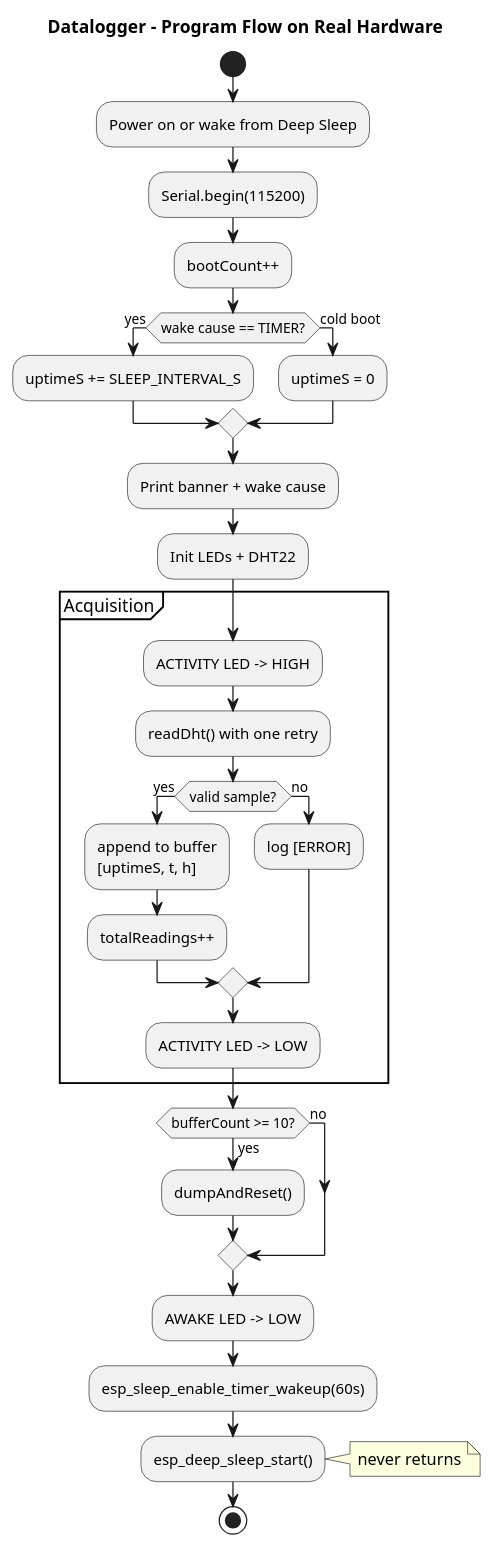
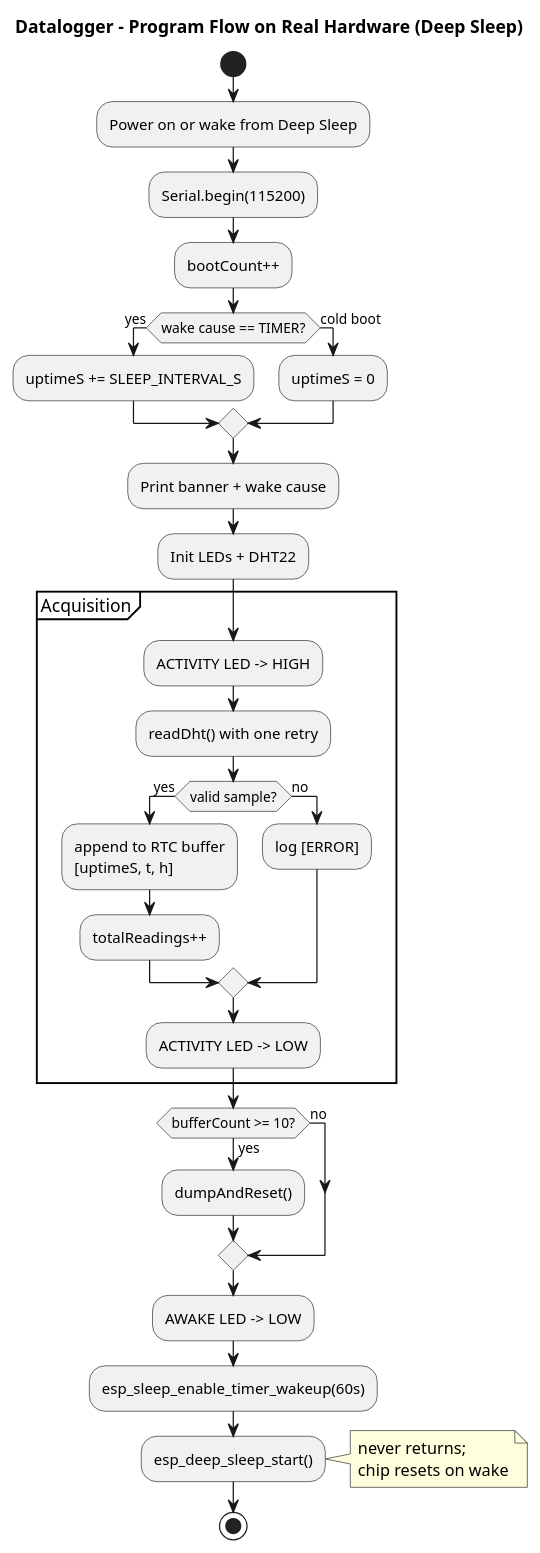
Before and after one commit to Ivek-rgb/RUS--Bencic: the second of 4 diagrams in lab2/inline_umlgraph_pnghtml.pu, drawn with PlantUML. The commit also changed other lines of this file and 56 other files, not shown here.

```diff
--- a/lab2/inline_umlgraph_pnghtml.pu
+++ b/lab2/inline_umlgraph_pnghtml.pu
@@ -30,39 +35,39 @@
 @startuml inline_umlgraph_2.png
-title Datalogger - Program Flow on Real Hardware
+title Datalogger - Program Flow on Real Hardware (Deep Sleep)
 
 start
 :Power on or wake from Deep Sleep;
 :Serial.begin(115200);
 :bootCount++;
 if (wake cause == TIMER?) then (yes)
   :uptimeS += SLEEP_INTERVAL_S;
 else (cold boot)
   :uptimeS = 0;
 endif
 :Print banner + wake cause;
 :Init LEDs + DHT22;
 
 partition "Acquisition" {
   :ACTIVITY LED -> HIGH;
   :readDht() with one retry;
   if (valid sample?) then (yes)
-    :append to buffer\n[uptimeS, t, h];
+    :append to RTC buffer\n[uptimeS, t, h];
     :totalReadings++;
   else (no)
     :log [ERROR];
   endif
   :ACTIVITY LED -> LOW;
 }
 
 if (bufferCount >= 10?) then (yes)
   :dumpAndReset();
 else (no)
 endif
 
 :AWAKE LED -> LOW;
 :esp_sleep_enable_timer_wakeup(60s);
 :esp_deep_sleep_start();
-note right: never returns
+note right: never returns;\nchip resets on wake
 
 stop
 @enduml
```
